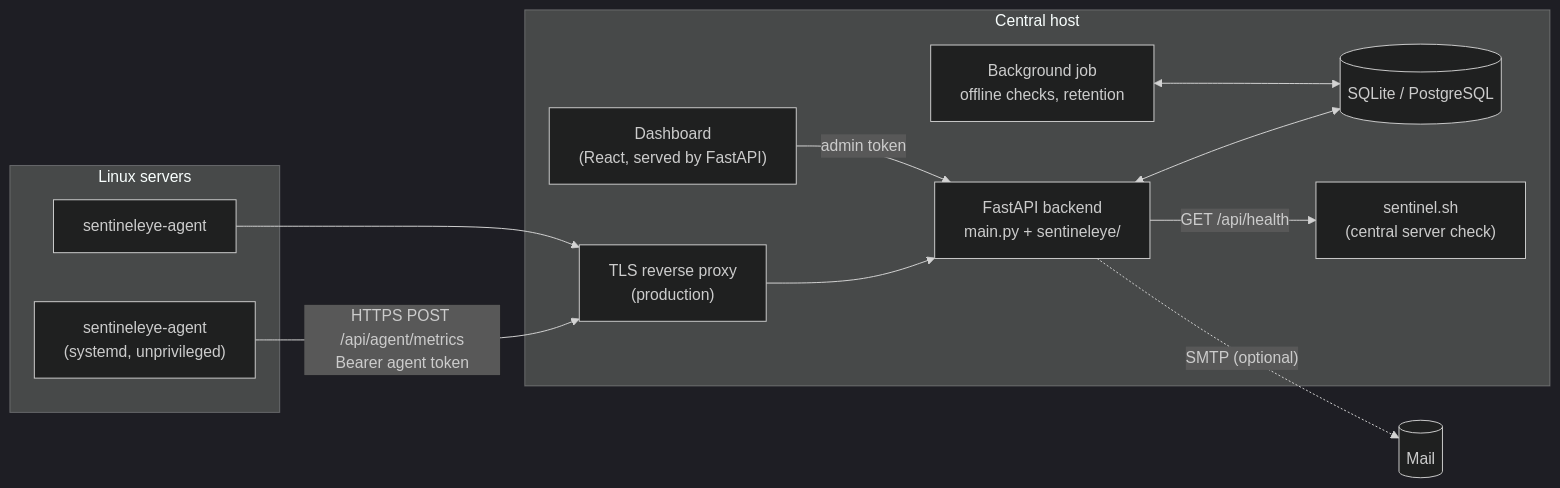
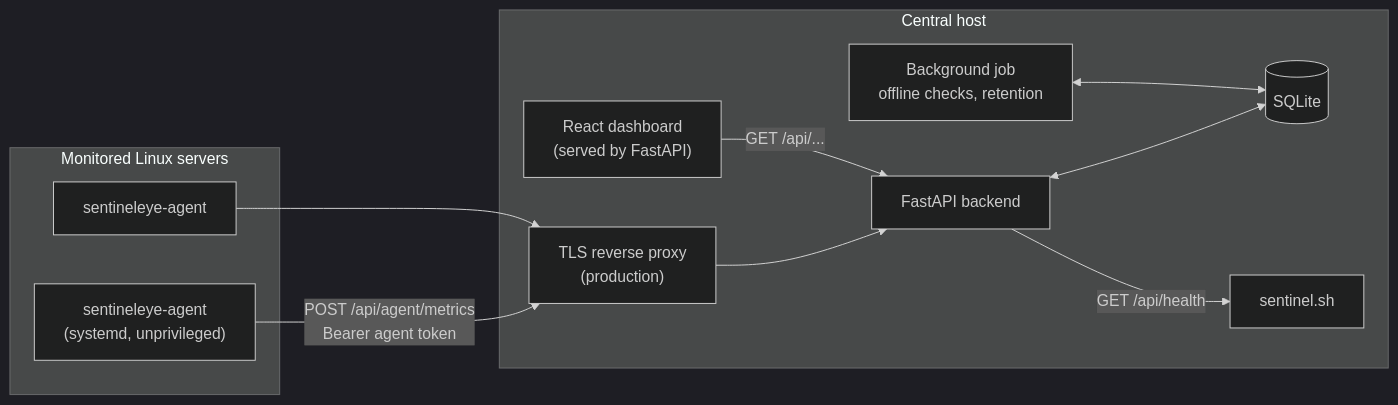
The diagram in README.md (haliyu280-source/sentineleye), drawn with Mermaid (dark theme) before and after one commit. The commit also changed other lines of this file and 7 other files, not shown here.

````diff
--- a/README.md
+++ b/README.md
@@ -79,23 +60,22 @@
 ```mermaid
 flowchart LR
-    subgraph Linux servers
+    subgraph Monitored["Monitored Linux servers"]
         A1["sentineleye-agent<br/>(systemd, unprivileged)"]
         A2["sentineleye-agent"]
     end
-    subgraph Central host
+    subgraph Central["Central host"]
         P["TLS reverse proxy<br/>(production)"]
-        B["FastAPI backend<br/>main.py + sentineleye/"]
+        B["FastAPI backend"]
         J["Background job<br/>offline checks, retention"]
-        D[("SQLite / PostgreSQL")]
-        S["sentinel.sh<br/>(central server check)"]
-        UI["Dashboard<br/>(React, served by FastAPI)"]
+        D[("SQLite")]
+        S["sentinel.sh"]
+        UI["React dashboard<br/>(served by FastAPI)"]
     end
-    A1 -- "HTTPS POST /api/agent/metrics<br/>Bearer agent token" --> P
+    A1 -- "POST /api/agent/metrics<br/>Bearer agent token" --> P
     A2 --> P
     P --> B
     B <--> D
     J <--> D
     B -- "GET /api/health" --> S
-    UI -- "admin token" --> B
-    B -. "SMTP (optional)" .-> M[(Mail)]
+    UI -- "GET /api/..." --> B
 ```
````
